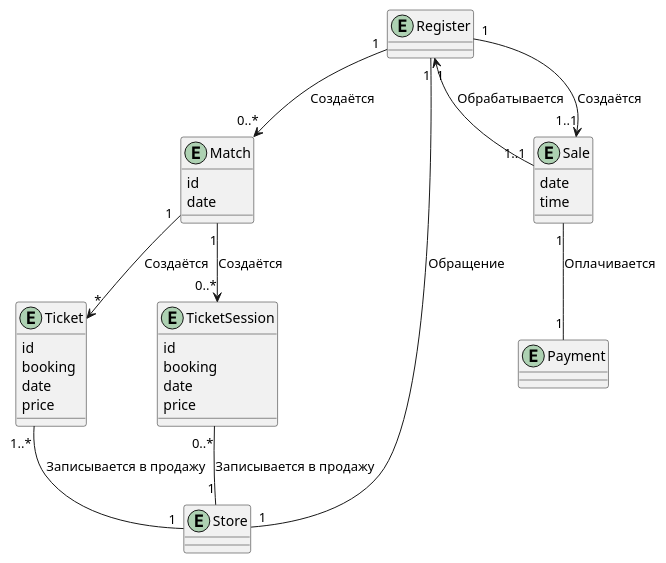
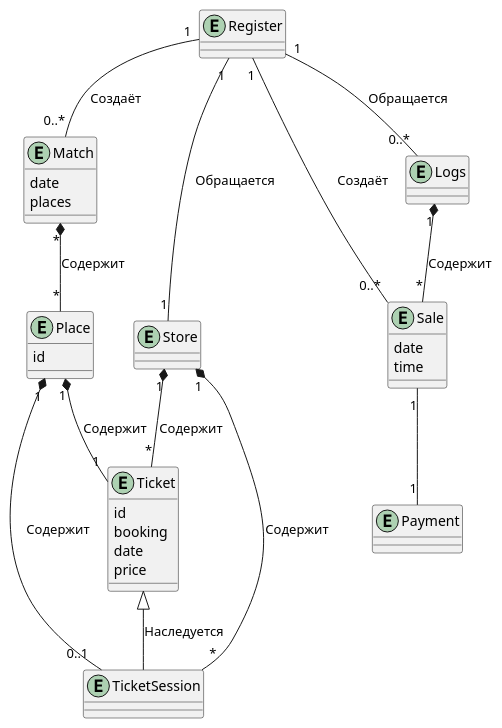
One commit to penamarth/bsbo-03-23_team4_var10_football changed the diagram in Модель предметной области.md. Above: the diagram before and after it, drawn with PlantUML. The commit also changed 1 other file, not shown here.

Commit message:
Фикс диаграмм системы и модели предметной области

````diff
--- a/Модель предметной области.md
+++ b/Модель предметной области.md
@@ -1,44 +1,46 @@
 ```plantuml
 @startuml
-
 entity Register
 entity Match
 {
+    date
+    places
+}
+entity Place
+{
     id
-    date
 }
 entity Ticket
 {
     id
     booking
     date
     price
 }
 entity TicketSession
-{
-    id
-    booking
-    date
-    price
-}
 entity Store
 entity Sale
 {
     date
     time
 }
 entity Payment
+entity Logs
 
-Register "1" <-down- "1..1" Sale : Обрабатывается
-Register "1" -down-> "1..1" Sale : Создаётся
-Register "1" -down-> "0..*" Match : Создаётся
-Register "1" -down- "1" Store : Обращение
-Match "1" -down-> "*" Ticket : Создаётся
-Match "1" -down-> "0..*" TicketSession : Создаётся
-Ticket "1..*" -down- "1" Store : Записывается в продажу
-TicketSession "0..*" -down- "1" Store : Записывается в продажу
+Register "1" -- "0..*" Match : Создаёт
+Register "1" -- "1" Store : Обращается
+Register "1" -- "0..*" Sale : Создаёт
+Register "1" -- "0..*" Logs : Обращается
 
-Sale "1" -down- "1" Payment : Оплачивается
+Match "*" *-- "*" Place : Содержит
+Ticket <|-- TicketSession : Наследуется
+Place "1" *-- "0..1" TicketSession : Содержит
+Place "1" *-- "1" Ticket : Содержит
 
+Store "1" *-- "*" Ticket : Содержит
+Store "1" *-- "*" TicketSession : Содержит
+
+Sale "1" -- "1" Payment
+Logs "1" *-- "*" Sale : Содержит
 @enduml
 ```
````
